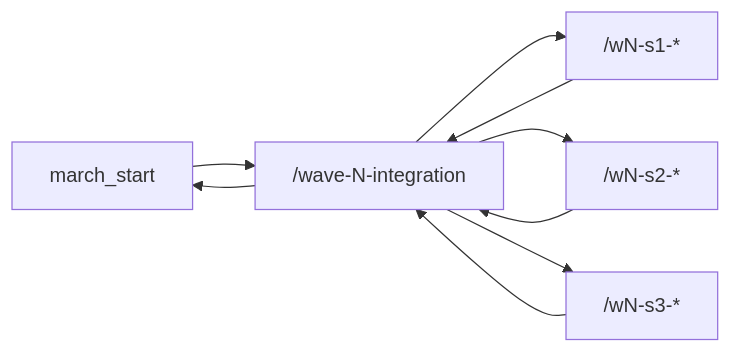
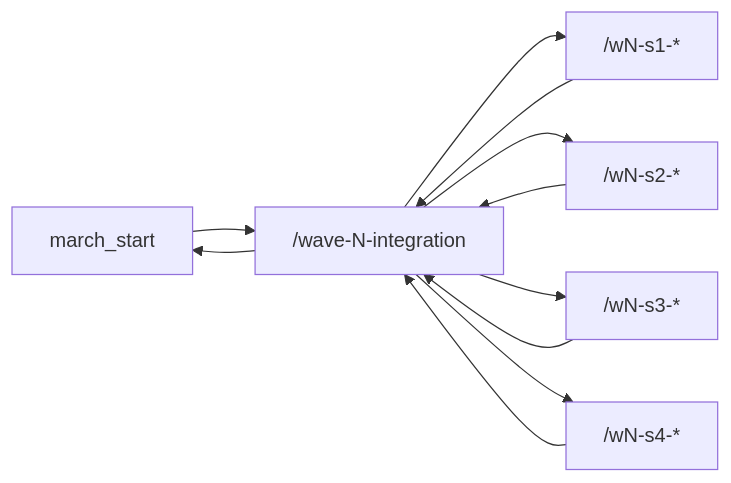
One commit to Axian-Inc/ffthh-game-of-life changed the diagram in specs/OPERATOR_WAVE_DISPATCH_RUNBOOK.md. Above: the diagram before and after it, drawn with Mermaid. The commit also changed other lines of this file and 8 other files, not shown here.

````diff
--- a/specs/OPERATOR_WAVE_DISPATCH_RUNBOOK.md
+++ b/specs/OPERATOR_WAVE_DISPATCH_RUNBOOK.md
@@ -98,11 +97,13 @@
 ```mermaid
 flowchart LR
   A[march_start] --> B[<your-initials>/wave-N-integration]
   B --> C[<your-initials>/wN-s1-*]
   B --> D[<your-initials>/wN-s2-*]
   B --> E[<your-initials>/wN-s3-*]
+  B --> F[<your-initials>/wN-s4-*]
   C --> B
   D --> B
   E --> B
+  F --> B
   B --> A
 ```
````
